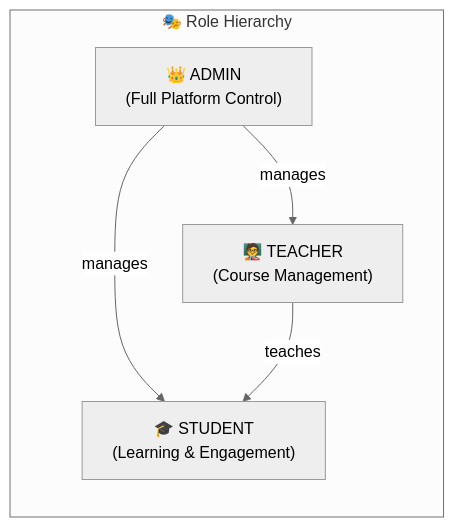
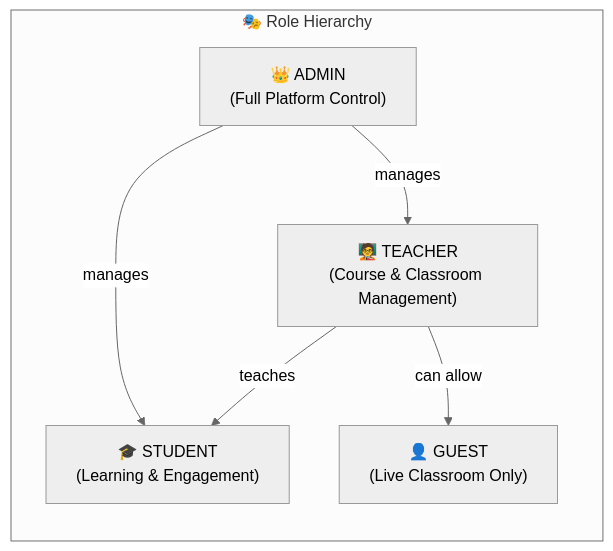
Before and after one commit to SanatanRana/lms-backend: the second of 10 diagrams in README.md, drawn with Mermaid (neutral theme). The commit also changed other lines of this file, not shown here.

Commit message:
docs: comprehensive README with architecture, features, WebSocket protocol, ER diagrams

````diff
--- a/README.md
+++ b/README.md
@@ -340,12 +411,14 @@
 ```mermaid
 graph LR
     subgraph Roles["🎭 Role Hierarchy"]
         ADMIN["👑 ADMIN<br/>(Full Platform Control)"]
-        TEACHER["🧑‍🏫 TEACHER<br/>(Course Management)"]
+        TEACHER["🧑‍🏫 TEACHER<br/>(Course & Classroom Management)"]
         STUDENT["🎓 STUDENT<br/>(Learning & Engagement)"]
+        GUEST["👤 GUEST<br/>(Live Classroom Only)"]
     end
 
     ADMIN -->|manages| TEACHER
     ADMIN -->|manages| STUDENT
     TEACHER -->|teaches| STUDENT
+    TEACHER -->|can allow| GUEST
 ```
````
